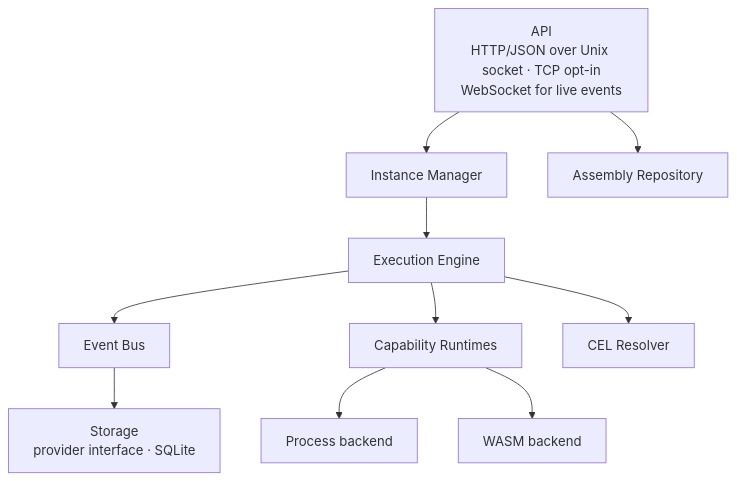
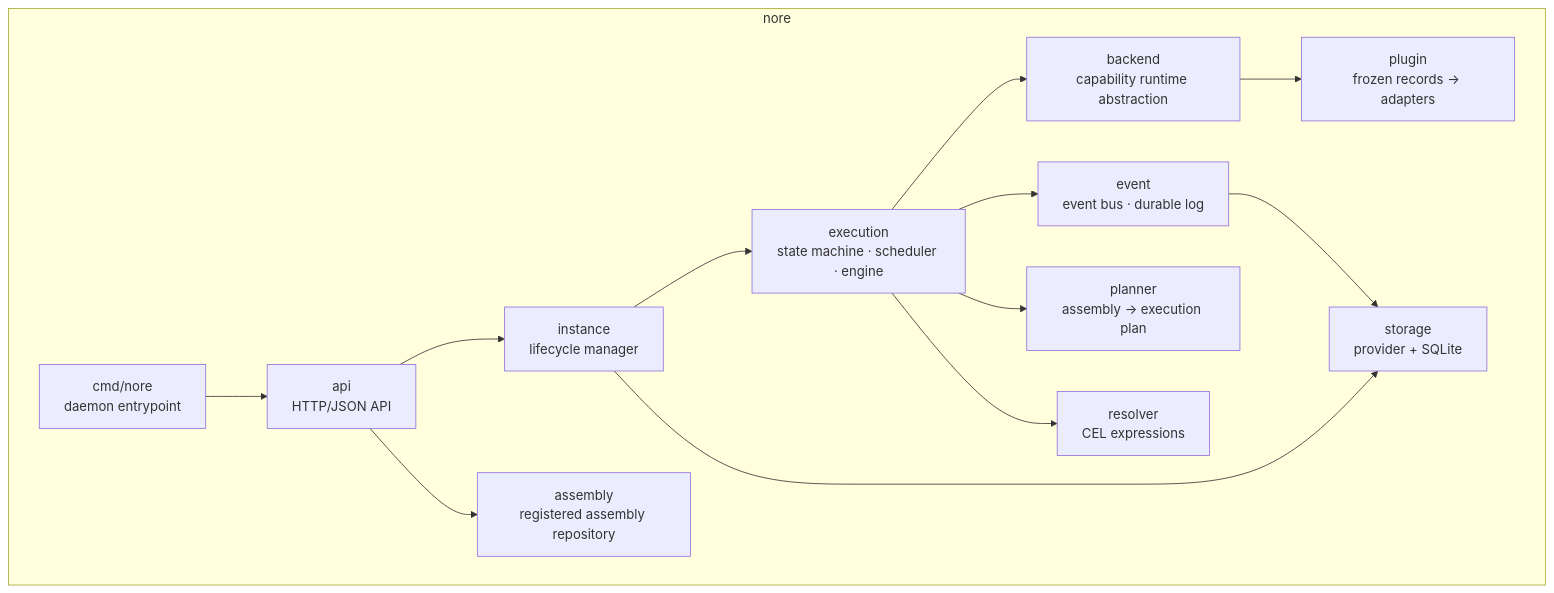
Before and after one commit to neuron-runtime/neuron: the fifth of 10 diagrams in docs/ARCHITECTURE.md, drawn with Mermaid. The commit also changed other lines of this file and 15 other files, not shown here.

````diff
--- a/docs/ARCHITECTURE.md
+++ b/docs/ARCHITECTURE.md
@@ -285,12 +310,28 @@
 ```mermaid
 flowchart TB
-    API[API<br/>HTTP/JSON over Unix socket · TCP opt-in<br/>WebSocket for live events] --> IM[Instance Manager]
-    API --> SR[Assembly Repository]
-    IM --> EE[Execution Engine]
-    EE --> EB[Event Bus]
-    EE --> ER[Capability Runtimes]
-    EB --> ST[Storage<br/>provider interface · SQLite]
-    EE --> RE[CEL Resolver]
-    ER --> PROC[Process backend]
-    ER --> WASM[WASM backend]
+    subgraph nore
+        cmd[cmd/nore<br/>daemon entrypoint]
+        api[api<br/>HTTP/JSON API]
+        inst[instance<br/>lifecycle manager]
+        exec[execution<br/>state machine · scheduler · engine]
+        ev[event<br/>event bus · durable log]
+        rt[backend<br/>capability runtime abstraction]
+        pl[planner<br/>assembly → execution plan]
+        rv[resolver<br/>CEL expressions]
+        st[storage<br/>provider + SQLite]
+        sys[assembly<br/>registered assembly repository]
+        plugin[plugin<br/>frozen records → adapters]
+    end
+
+    cmd --> api
+    api --> inst
+    api --> sys
+    inst --> exec
+    exec --> ev
+    exec --> rt
+    exec --> pl
+    rt --> plugin
+    exec --> rv
+    ev --> st
+    inst --> st
 ```
````
